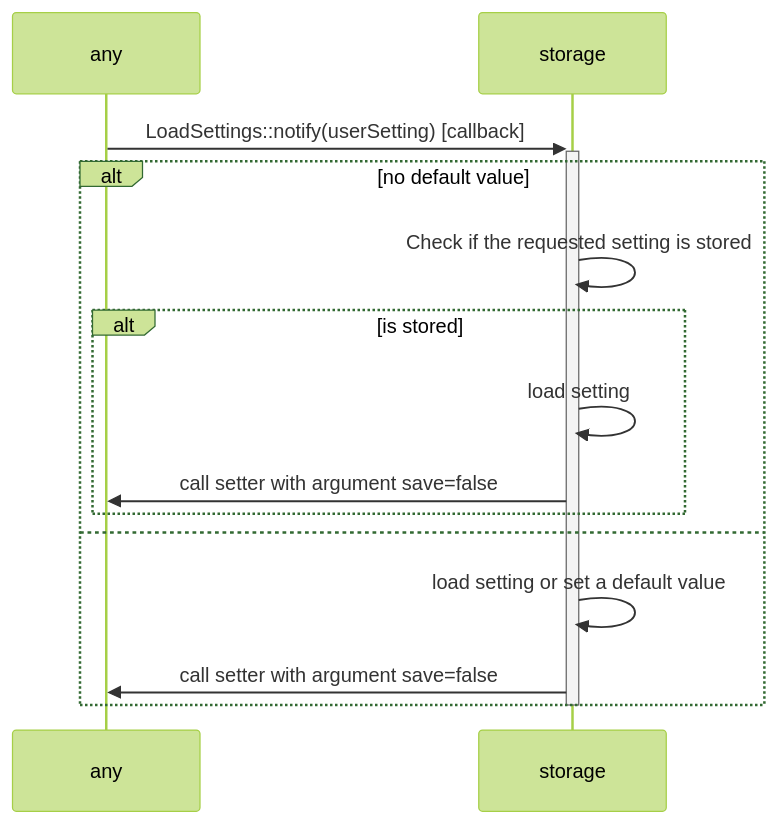
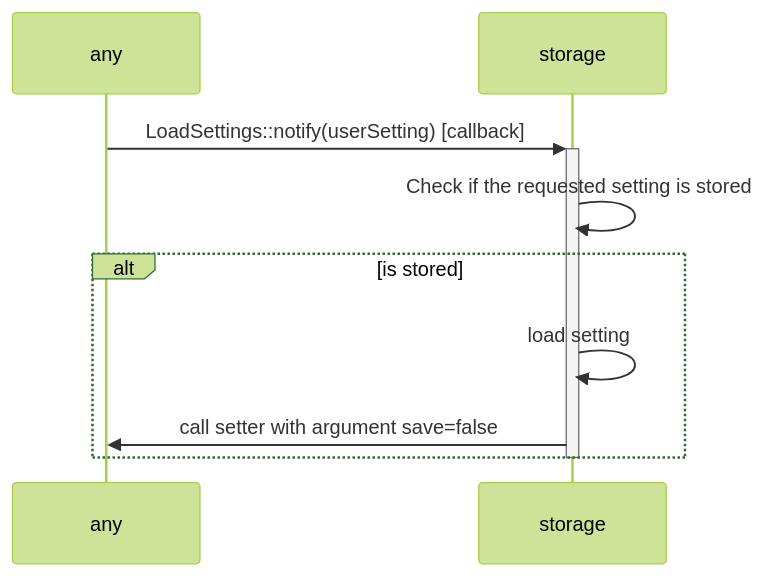
One commit to afpineda/OpenSourceSimWheelESP32 changed the eighth of 9 diagrams in doc/firmware/FirmwareArchitecture_en.md. Above: the diagram before and after it, drawn with Mermaid (forest theme). The commit also changed other lines of this file, not shown here.

````diff
--- a/doc/firmware/FirmwareArchitecture_en.md
+++ b/doc/firmware/FirmwareArchitecture_en.md
@@ -341,17 +344,12 @@
 ```mermaid
 sequenceDiagram
   participant any
   participant storage
   any ->>+ storage: LoadSettings::notify(userSetting) [callback]
-  alt no default value
     storage ->> storage: Check if the requested setting is stored
     alt is stored
       storage ->> storage: load setting
       storage ->> any: call setter with argument save=false
     end
-  else
-    storage ->> storage: load setting or set a default value
-    storage ->> any: call setter with argument save=false
-  end
   deactivate storage
 ```
````
